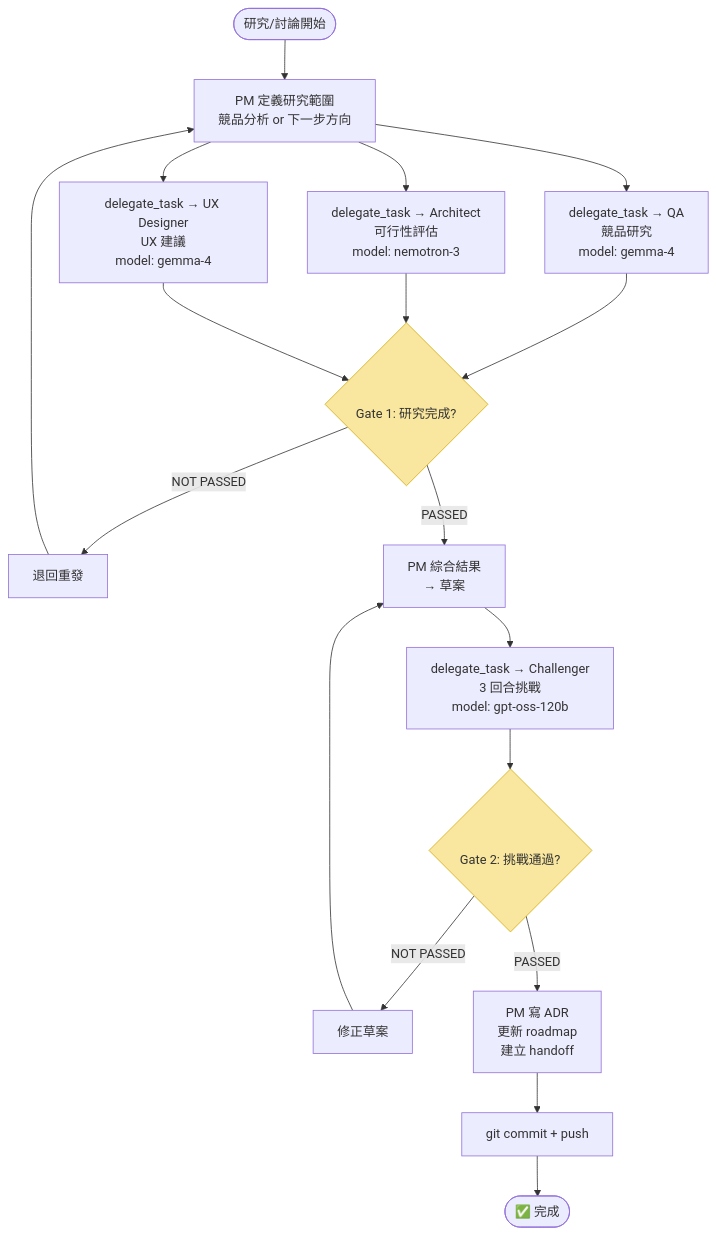
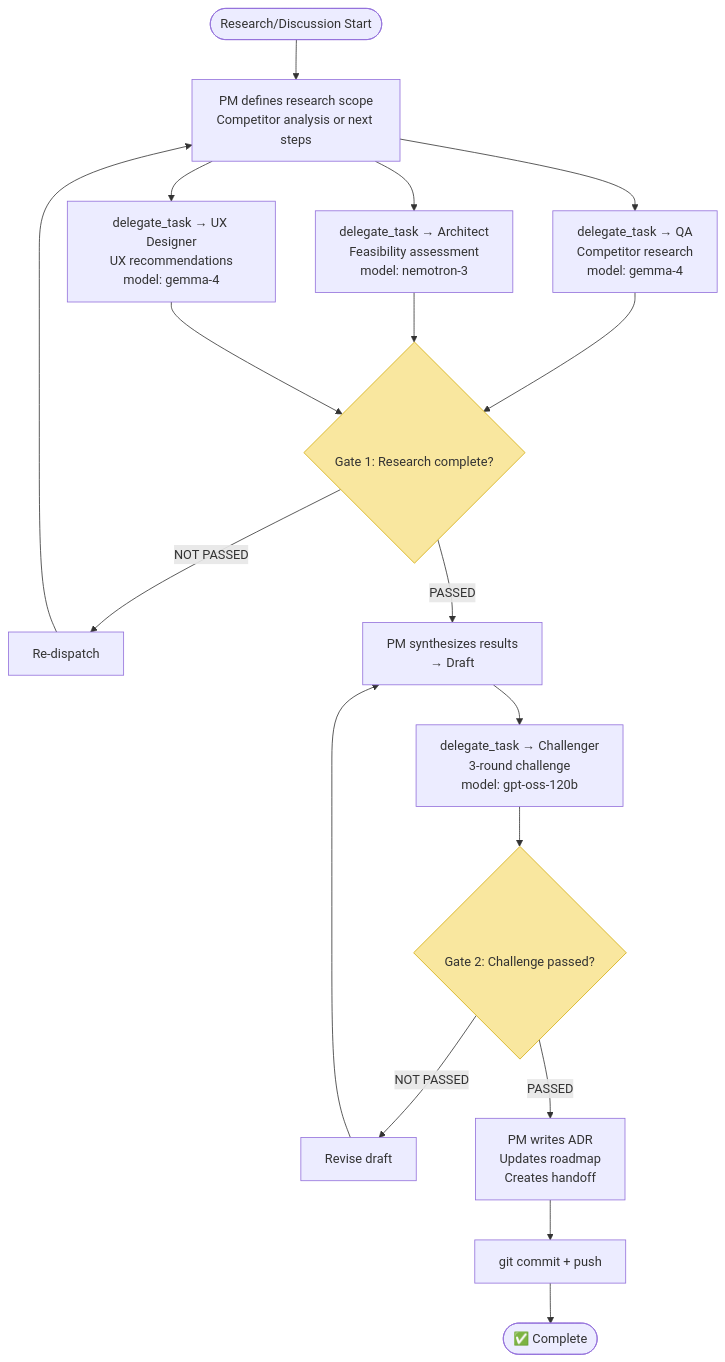
One commit to dyphn1/stock-explorer changed the sixth of 7 diagrams in docs/diagrams/flow.md. Above: the diagram before and after it, drawn with Mermaid. The commit also changed other lines of this file and 40 other files, not shown here.

````diff
--- a/docs/diagrams/flow.md
+++ b/docs/diagrams/flow.md
@@ -160,31 +160,31 @@
 ```mermaid
 flowchart TD
-    START([研究/討論開始]) --> READ[PM 定義研究範圍<br/>競品分析 or 下一步方向]
+    START([Research/Discussion Start]) --> READ[PM defines research scope<br/>Competitor analysis or next steps]
 
-    READ --> DELEGATE_QA[delegate_task → QA<br/>競品研究<br/>model: gemma-4]
-    READ --> DELEGATE_ARCH[delegate_task → Architect<br/>可行性評估<br/>model: nemotron-3]
-    READ --> DELEGATE_UX[delegate_task → UX Designer<br/>UX 建議<br/>model: gemma-4]
+    READ --> DELEGATE_QA[delegate_task → QA<br/>Competitor research<br/>model: gemma-4]
+    READ --> DELEGATE_ARCH[delegate_task → Architect<br/>Feasibility assessment<br/>model: nemotron-3]
+    READ --> DELEGATE_UX[delegate_task → UX Designer<br/>UX recommendations<br/>model: gemma-4]
 
-    DELEGATE_QA --> GATE1{<br/>Gate 1: 研究完成?}
+    DELEGATE_QA --> GATE1{<br/>Gate 1: Research complete?}
     DELEGATE_ARCH --> GATE1
     DELEGATE_UX --> GATE1
 
-    GATE1 -->|NOT PASSED| BACK[退回重發]
+    GATE1 -->|NOT PASSED| BACK[Re-dispatch]
     BACK --> READ
 
-    GATE1 -->|PASSED| SYNTHESIZE[PM 綜合結果<br/>→ 草案]
+    GATE1 -->|PASSED| SYNTHESIZE[PM synthesizes results<br/>→ Draft]
 
-    SYNTHESIZE --> DELEGATE_CHAL[delegate_task → Challenger<br/>3 回合挑戰<br/>model: gpt-oss-120b]
+    SYNTHESIZE --> DELEGATE_CHAL[delegate_task → Challenger<br/>3-round challenge<br/>model: gpt-oss-120b]
 
-    DELEGATE_CHAL --> GATE2{<br/>Gate 2: 挑戰通過?}
+    DELEGATE_CHAL --> GATE2{<br/>Gate 2: Challenge passed?}
 
-    GATE2 -->|NOT PASSED| REVISE[修正草案]
+    GATE2 -->|NOT PASSED| REVISE[Revise draft]
     REVISE --> SYNTHESIZE
 
-    GATE2 -->|PASSED| DOC[PM 寫 ADR<br/>更新 roadmap<br/>建立 handoff]
+    GATE2 -->|PASSED| DOC[PM writes ADR<br/>Updates roadmap<br/>Creates handoff]
     DOC --> COMMIT[git commit + push]
-    COMMIT --> END([✅ 完成])
+    COMMIT --> END([✅ Complete])
 
     style GATE1 fill:#f9e79f,stroke:#d4ac0d
     style GATE2 fill:#f9e79f,stroke:#d4ac0d
 ```
````
